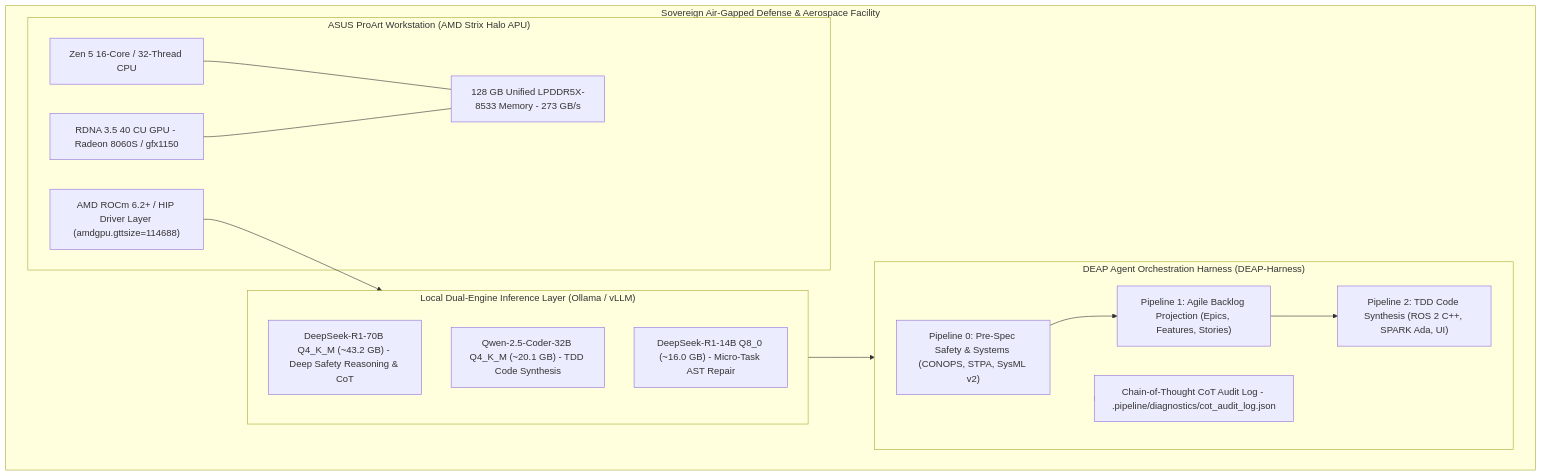
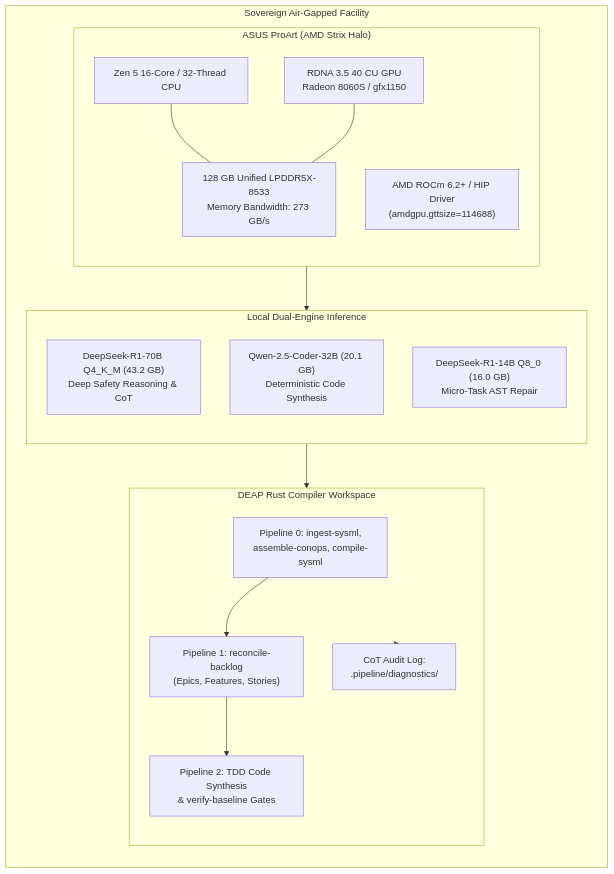
Before and after one commit to gintatkinson/DEAP01-spec-core: the first of 5 diagrams in docs/architecture/blueprints/DEAP_LOCAL_AIRGAPPED_DEEPSEEK_WORKSTATION_BLUEPRINT.md, drawn with Mermaid. The commit also changed other lines of this file and 28 other files, not shown here.

Commit message:
feat(verify-baseline,deap-core,compile-sysml): implement Option C blueprint capabilities and Check 37 blueprint grounding gate

````diff
--- a/docs/architecture/blueprints/DEAP_LOCAL_AIRGAPPED_DEEPSEEK_WORKSTATION_BLUEPRINT.md
+++ b/docs/architecture/blueprints/DEAP_LOCAL_AIRGAPPED_DEEPSEEK_WORKSTATION_BLUEPRINT.md
@@ -51,31 +51,35 @@
 ```mermaid
 flowchart TD
-    subgraph AirGappedEnclave["Sovereign Air-Gapped Defense & Aerospace Facility"]
-        subgraph HardwareNode["ASUS ProArt Workstation (AMD Strix Halo APU)"]
-            UnifiedRAM["128 GB Unified LPDDR5X-8533 Memory - 273 GB/s"]
+    subgraph AirGappedEnclave["Sovereign Air-Gapped Facility"]
+        direction TB
+        subgraph HardwareNode["ASUS ProArt (AMD Strix Halo)"]
+            direction TB
+            UnifiedRAM["128 GB Unified LPDDR5X-8533<br/>Memory Bandwidth: 273 GB/s"]
             Zen5CPU["Zen 5 16-Core / 32-Thread CPU"]
-            RDNA35GPU["RDNA 3.5 40 CU GPU - Radeon 8060S / gfx1150"]
-            ROCmStack["AMD ROCm 6.2+ / HIP Driver Layer (amdgpu.gttsize=114688)"]
+            RDNA35GPU["RDNA 3.5 40 CU GPU<br/>Radeon 8060S / gfx1150"]
+            ROCmStack["AMD ROCm 6.2+ / HIP Driver<br/>(amdgpu.gttsize=114688)"]
         end
 
-        subgraph RuntimeTier["Local Dual-Engine Inference Layer (Ollama / vLLM)"]
-            R1_70B["DeepSeek-R1-70B Q4_K_M (~43.2 GB) - Deep Safety Reasoning & CoT"]
-            Coder_32B["Qwen-2.5-Coder-32B Q4_K_M (~20.1 GB) - TDD Code Synthesis"]
-            R1_14B["DeepSeek-R1-14B Q8_0 (~16.0 GB) - Micro-Task AST Repair"]
+        subgraph RuntimeTier["Local Dual-Engine Inference"]
+            direction TB
+            R1_70B["DeepSeek-R1-70B Q4_K_M (43.2 GB)<br/>Deep Safety Reasoning & CoT"]
+            Coder_32B["Qwen-2.5-Coder-32B (20.1 GB)<br/>Deterministic Code Synthesis"]
+            R1_14B["DeepSeek-R1-14B Q8_0 (16.0 GB)<br/>Micro-Task AST Repair"]
         end
 
-        subgraph HarnessCore["DEAP Agent Orchestration Harness (DEAP-Harness)"]
-            P0["Pipeline 0: Pre-Spec Safety & Systems (CONOPS, STPA, SysML v2)"]
-            P1["Pipeline 1: Agile Backlog Projection (Epics, Features, Stories)"]
-            P2["Pipeline 2: TDD Code Synthesis (ROS 2 C++, SPARK Ada, UI)"]
-            AuditEngine["Chain-of-Thought CoT Audit Log - .pipeline/diagnostics/cot_audit_log.json"]
+        subgraph HarnessCore["DEAP Rust Compiler Workspace"]
+            direction TB
+            P0["Pipeline 0: ingest-sysml,<br/>assemble-conops, compile-sysml"]
+            P1["Pipeline 1: reconcile-backlog<br/>(Epics, Features, Stories)"]
+            P2["Pipeline 2: TDD Code Synthesis<br/>& verify-baseline Gates"]
+            AuditEngine["CoT Audit Log:<br/>.pipeline/diagnostics/"]
         end
     end
 
     Zen5CPU --- UnifiedRAM
     RDNA35GPU --- UnifiedRAM
     ROCmStack --> RuntimeTier
     RuntimeTier --> HarnessCore
     P0 --> P1 --> P2
     HarnessCore --> AuditEngine
 ```
````
